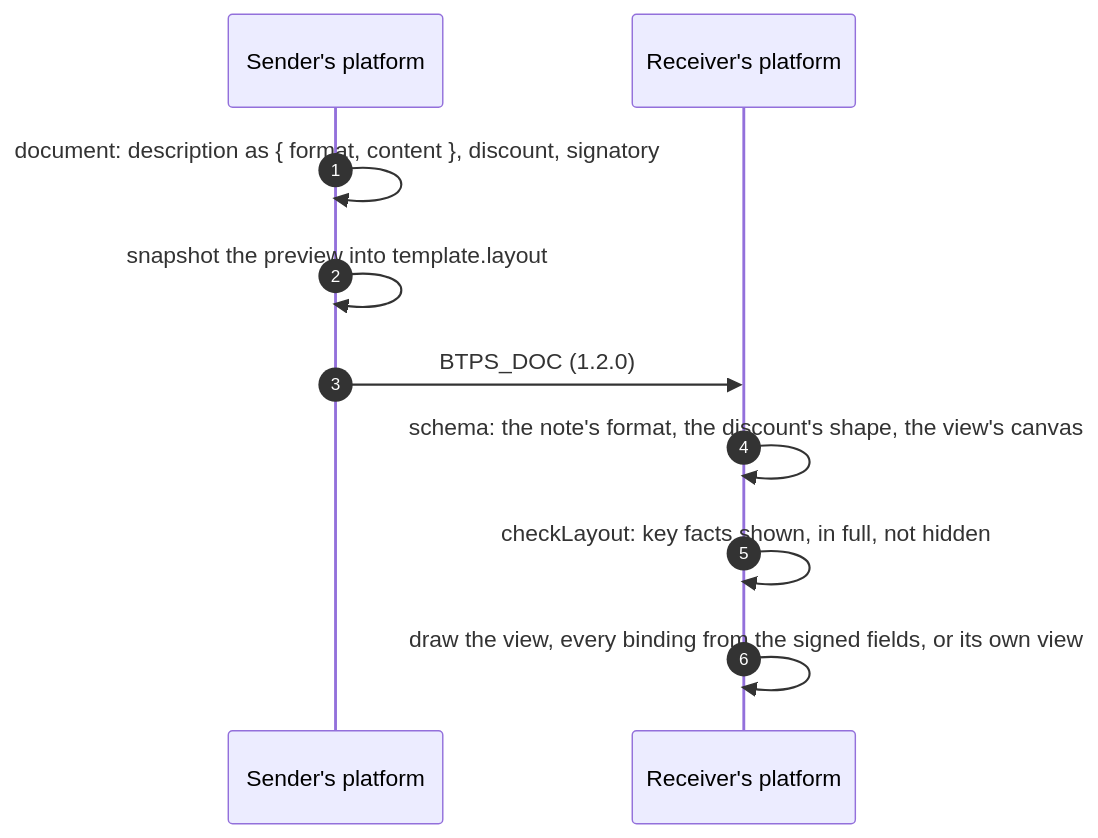
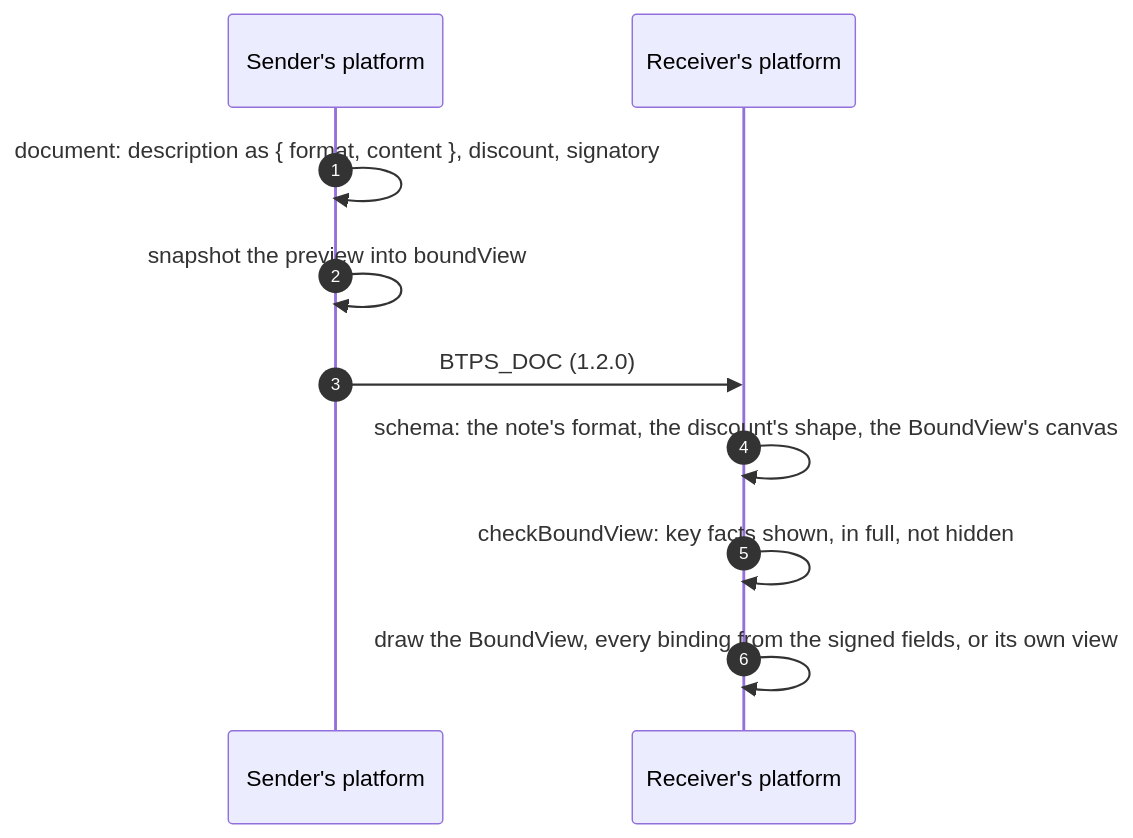
The diagram in docs/docusaurus/docs/features/notesDiscountsTemplates.md (openbtps/btps-node), drawn with Mermaid before and after one commit. The commit also changed other lines of this file and 24 other files, not shown here.

First line of the commit message:
Name the document view BoundView, in its own boundView field

````diff
--- a/docs/docusaurus/docs/features/notesDiscountsTemplates.md
+++ b/docs/docusaurus/docs/features/notesDiscountsTemplates.md
@@ -22,12 +22,12 @@
 ```mermaid
 sequenceDiagram
     autonumber
     participant S as Sender's platform
     participant R as Receiver's platform
     S->>S: document: description as { format, content }, discount, signatory
-    S->>S: snapshot the preview into template.layout
+    S->>S: snapshot the preview into boundView
     S->>R: BTPS_DOC (1.2.0)
-    R->>R: schema: the note's format, the discount's shape, the view's canvas
-    R->>R: checkLayout: key facts shown, in full, not hidden
-    R->>R: draw the view, every binding from the signed fields, or its own view
+    R->>R: schema: the note's format, the discount's shape, the BoundView's canvas
+    R->>R: checkBoundView: key facts shown, in full, not hidden
+    R->>R: draw the BoundView, every binding from the signed fields, or its own view
 ```
````
